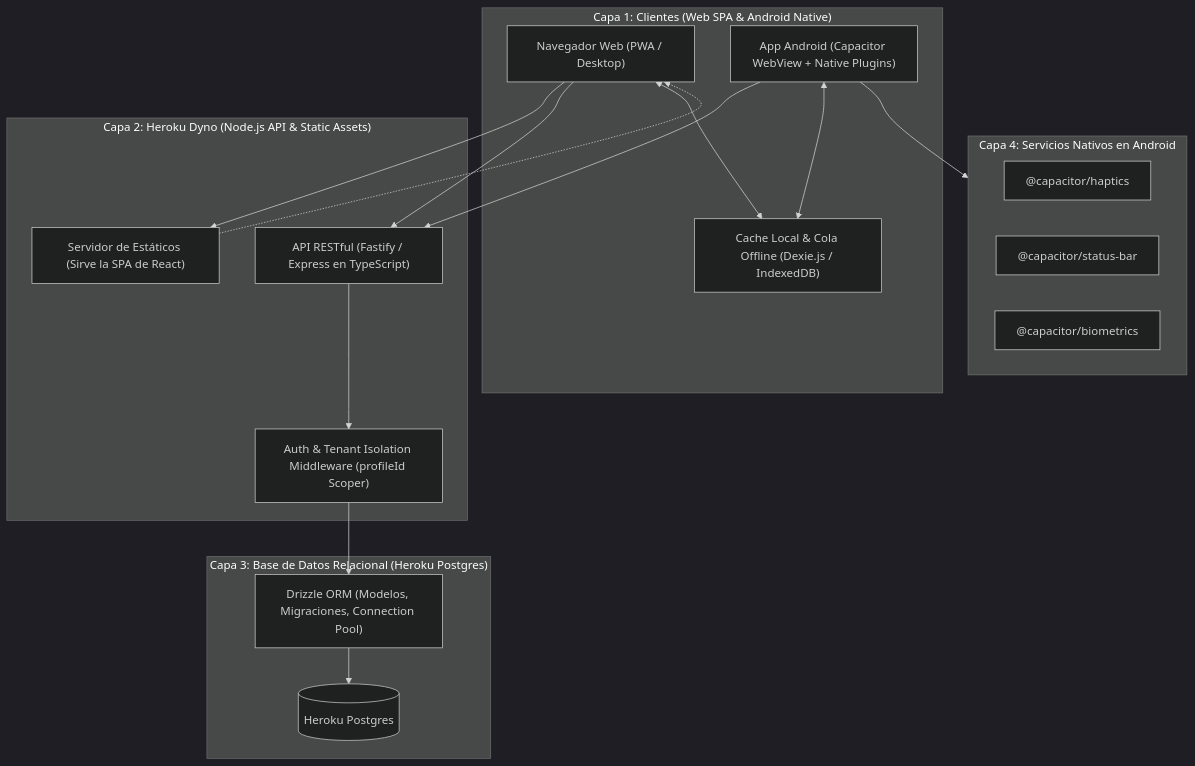
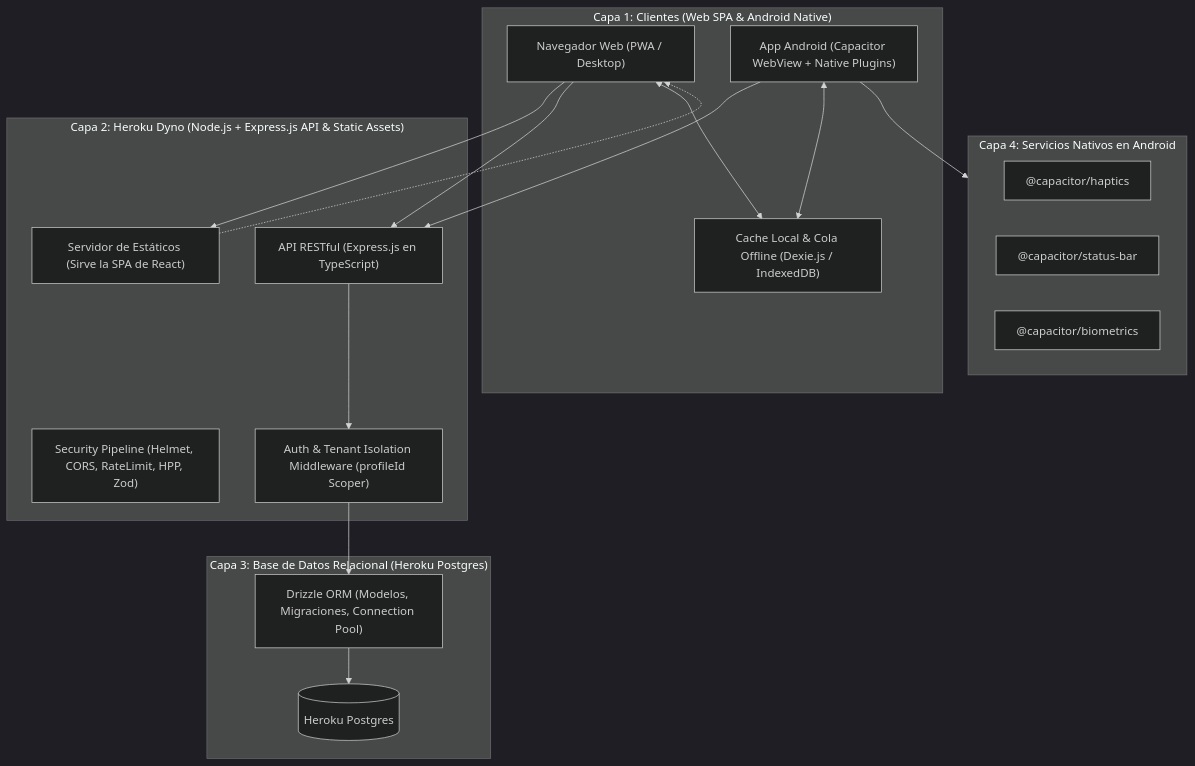
The diagram in documentation/ARCHITECTURE.md (dypok/koin), drawn with Mermaid (dark theme) before and after one commit. The commit also changed other lines of this file and 5 other files, not shown here.

Commit message:
docs: adopt Express.js and specify comprehensive multi-layer security guidelines

````diff
--- a/documentation/ARCHITECTURE.md
+++ b/documentation/ARCHITECTURE.md
@@ -7,37 +7,38 @@
 ```mermaid
 flowchart TD
     subgraph Clients ["Capa 1: Clientes (Web SPA & Android Native)"]
         WebBrowser["Navegador Web (PWA / Desktop)"]
         AndroidApp["App Android (Capacitor WebView + Native Plugins)"]
         ClientCache["Cache Local & Cola Offline (Dexie.js / IndexedDB)"]
     end
 
-    subgraph HerokuDyno ["Capa 2: Heroku Dyno (Node.js API & Static Assets)"]
+    subgraph HerokuDyno ["Capa 2: Heroku Dyno (Node.js + Express.js API & Static Assets)"]
         StaticServer["Servidor de Estáticos (Sirve la SPA de React)"]
-        APIServer["API RESTful (Fastify / Express en TypeScript)"]
+        APIServer["API RESTful (Express.js en TypeScript)"]
+        SecurityStack["Security Pipeline (Helmet, CORS, RateLimit, HPP, Zod)"]
         AuthGuard["Auth & Tenant Isolation Middleware (profileId Scoper)"]
     end
 
     subgraph DataLayer ["Capa 3: Base de Datos Relacional (Heroku Postgres)"]
         PostgresDB[(Heroku Postgres)]
         DrizzleORM["Drizzle ORM (Modelos, Migraciones, Connection Pool)"]
     end
 
     subgraph NativeBridge ["Capa 4: Servicios Nativos en Android"]
         CapHaptics["@capacitor/haptics"]
         CapStatusBar["@capacitor/status-bar"]
         CapBiometrics["@capacitor/biometrics"]
     end
 
     WebBrowser --> StaticServer
     WebBrowser --> APIServer
     AndroidApp --> APIServer
     AndroidApp --> NativeBridge
     AndroidApp <--> ClientCache
     WebBrowser <--> ClientCache
 
     StaticServer -.-> WebBrowser
     APIServer --> AuthGuard
     AuthGuard --> DrizzleORM
     DrizzleORM --> PostgresDB
 ```
````
